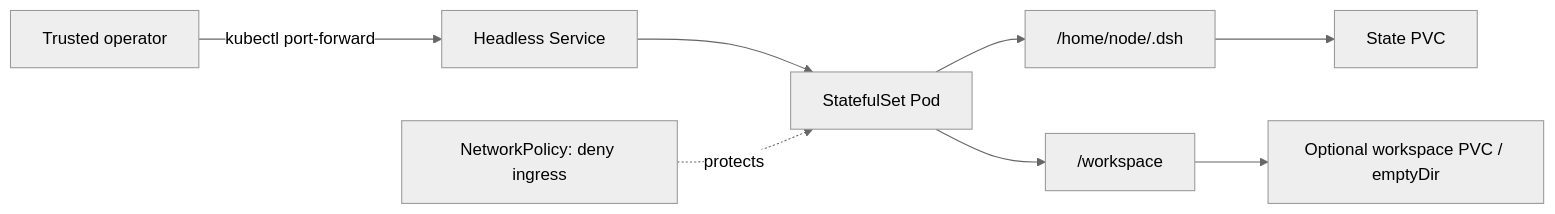
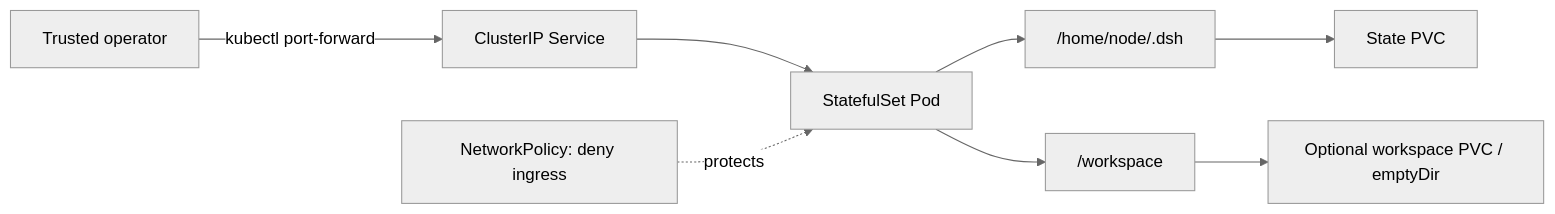
One commit to runzhliu/aik8s changed the diagram in docs/ai-k8s/rag-agent/deepseek-harness-runtime-containerization.md. Above: the diagram before and after it, drawn with Mermaid (neutral theme). The commit also changed other lines of this file and 3 other files, not shown here.

````diff
--- a/docs/ai-k8s/rag-agent/deepseek-harness-runtime-containerization.md
+++ b/docs/ai-k8s/rag-agent/deepseek-harness-runtime-containerization.md
@@ -275,10 +269,10 @@
 ```mermaid
 flowchart LR
-  USER["Trusted operator"] -->|kubectl port-forward| SVC["Headless Service"]
+  USER["Trusted operator"] -->|kubectl port-forward| SVC["ClusterIP Service"]
   SVC --> POD["StatefulSet Pod"]
   POD --> DSH["/home/node/.dsh"]
   POD --> WS["/workspace"]
   DSH --> PVC1["State PVC"]
   WS --> PVC2["Optional workspace PVC / emptyDir"]
   NP["NetworkPolicy: deny ingress"] -. protects .-> POD
 ```
````
